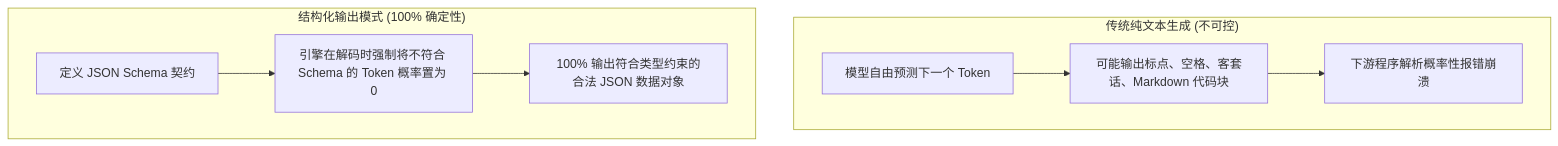
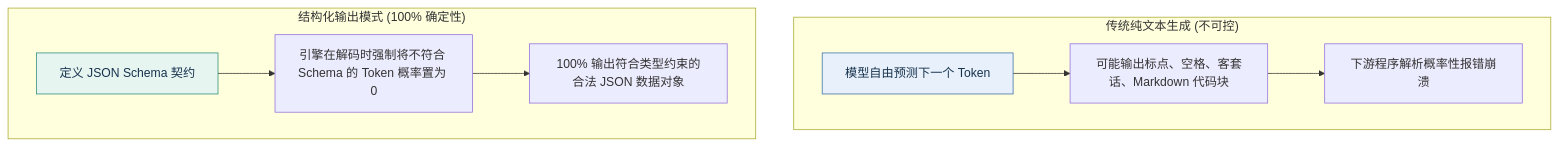
One commit to buffer121328/vibe-coding-and-agents changed the diagram in 04_Dify实战/img/diagrams/05-diagram-02.mmd. Above: the diagram before and after it, drawn with Mermaid. The commit also changed 131 other files, not shown here.

Commit message:
docs: 润色第四至第六章正文与图表

```diff
--- a/04_Dify实战/img/diagrams/05-diagram-02.mmd
+++ b/04_Dify实战/img/diagrams/05-diagram-02.mmd
@@ -1,10 +1,14 @@
 graph TD
     subgraph PlainText ["传统纯文本生成 (不可控)"]
         T1["模型自由预测下一个 Token"] --> T2["可能输出标点、空格、客套话、Markdown 代码块"]
         T2 --> T3["下游程序解析概率性报错崩溃"]
     end
 
     subgraph StructuredMode ["结构化输出模式 (100% 确定性)"]
         S1["定义 JSON Schema 契约"] --> S2["引擎在解码时强制将不符合 Schema 的 Token 概率置为 0"]
         S2 --> S3["100% 输出符合类型约束的合法 JSON 数据对象"]
     end
+
+%% Academic palette: restrained blue, teal, gold, violet, and coral accents.
+style T1 fill:#E8F1FB,stroke:#3A6EA5,color:#17324D
+style S1 fill:#E7F5F1,stroke:#2B8A78,color:#17324D
```
